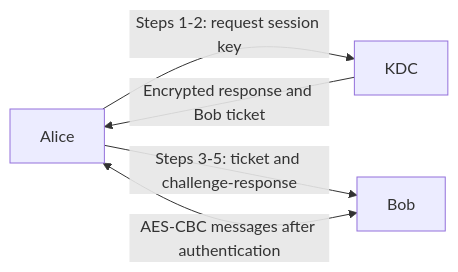
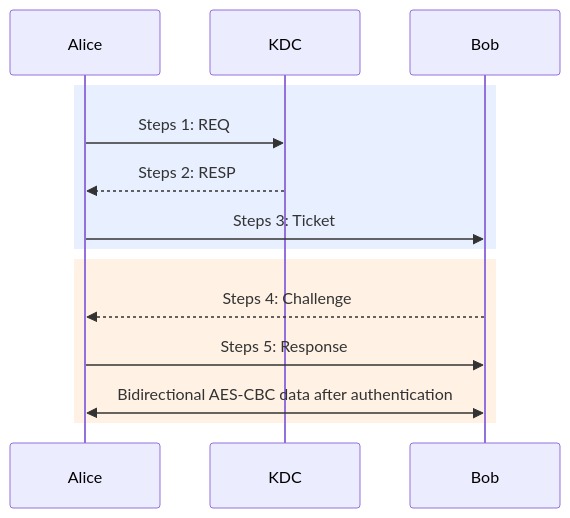
The diagram in semester-05/information-security/assignments/02-kdc-aes-manual/README.md (betasygma/academic-archive), drawn with Mermaid before and after one commit. The commit also changed 1 other file, not shown here.

Commit message:
docs: clarify KDC protocol diagrams

````diff
--- a/semester-05/information-security/assignments/02-kdc-aes-manual/README.md
+++ b/semester-05/information-security/assignments/02-kdc-aes-manual/README.md
@@ -31,7 +31,18 @@
 ```mermaid
-flowchart LR
-    A[Alice] -->|Steps 1-2: request session key| K[KDC]
-    K -->|Encrypted response and Bob ticket| A
-    A -->|Steps 3-5: ticket and challenge-response| B[Bob]
-    A <-->|AES-CBC messages after authentication| B
+sequenceDiagram
+    participant A as Alice
+    participant K as KDC
+    participant B as Bob
+
+    rect rgba(100, 150, 255, 0.15)
+        A->>K: Steps 1: REQ
+        K-->>A: Steps 2: RESP
+        A->>B: Steps 3: Ticket
+    end
+
+    rect rgba(255, 170, 80, 0.15)
+        B-->>A: Steps 4: Challenge
+        A->>B: Steps 5: Response
+        A<<->>B: Bidirectional AES-CBC data after authentication
+    end
 ```
````
